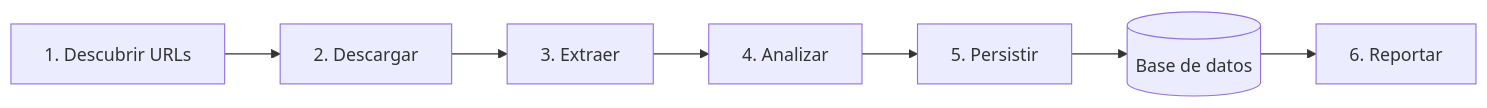
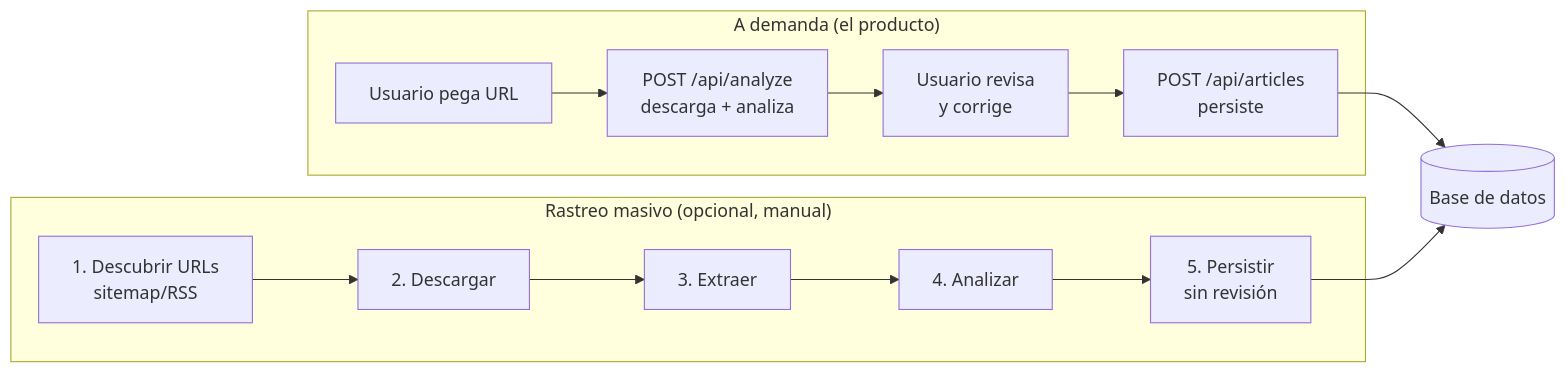
Before and after one commit to Jcazt21/ODIN: the first of 10 diagrams in docs/PROCESOS.md, drawn with Mermaid. The commit also changed other lines of this file and 12 other files, not shown here.

````diff
--- a/docs/PROCESOS.md
+++ b/docs/PROCESOS.md
@@ -17,9 +31,16 @@
 ```mermaid
 flowchart LR
-    A[1. Descubrir URLs] --> B[2. Descargar]
-    B --> C[3. Extraer]
-    C --> D[4. Analizar]
-    D --> E[5. Persistir]
-    E --> F[(Base de datos)]
-    F --> G[6. Reportar]
+    subgraph "A demanda (el producto)"
+        U[Usuario pega URL] --> AN1[POST /api/analyze<br/>descarga + analiza]
+        AN1 --> REV[Usuario revisa<br/>y corrige]
+        REV --> SAVE[POST /api/articles<br/>persiste]
+    end
+    subgraph "Rastreo masivo (opcional, manual)"
+        DISC[1. Descubrir URLs<br/>sitemap/RSS] --> FETCH[2. Descargar]
+        FETCH --> EXT[3. Extraer]
+        EXT --> AN2[4. Analizar]
+        AN2 --> PERS[5. Persistir<br/>sin revisión]
+    end
+    SAVE --> DB[(Base de datos)]
+    PERS --> DB
 ```
````
